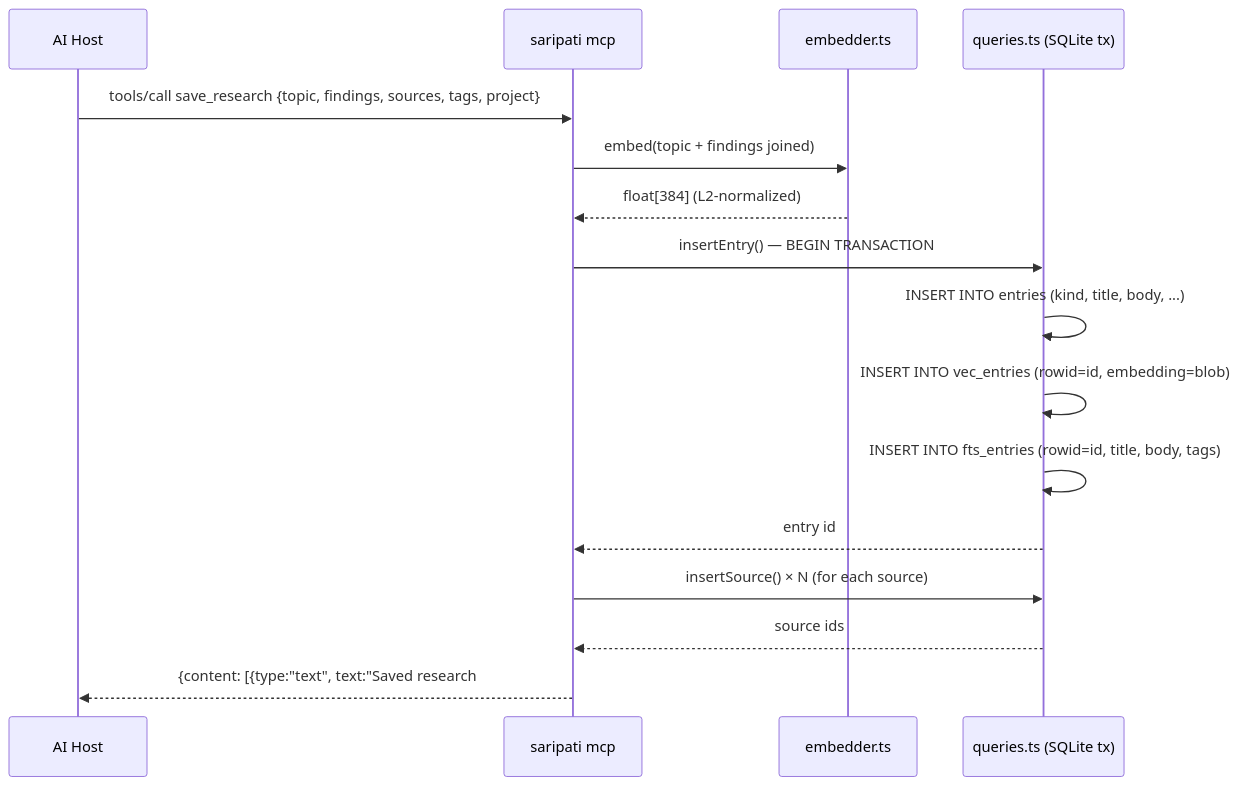
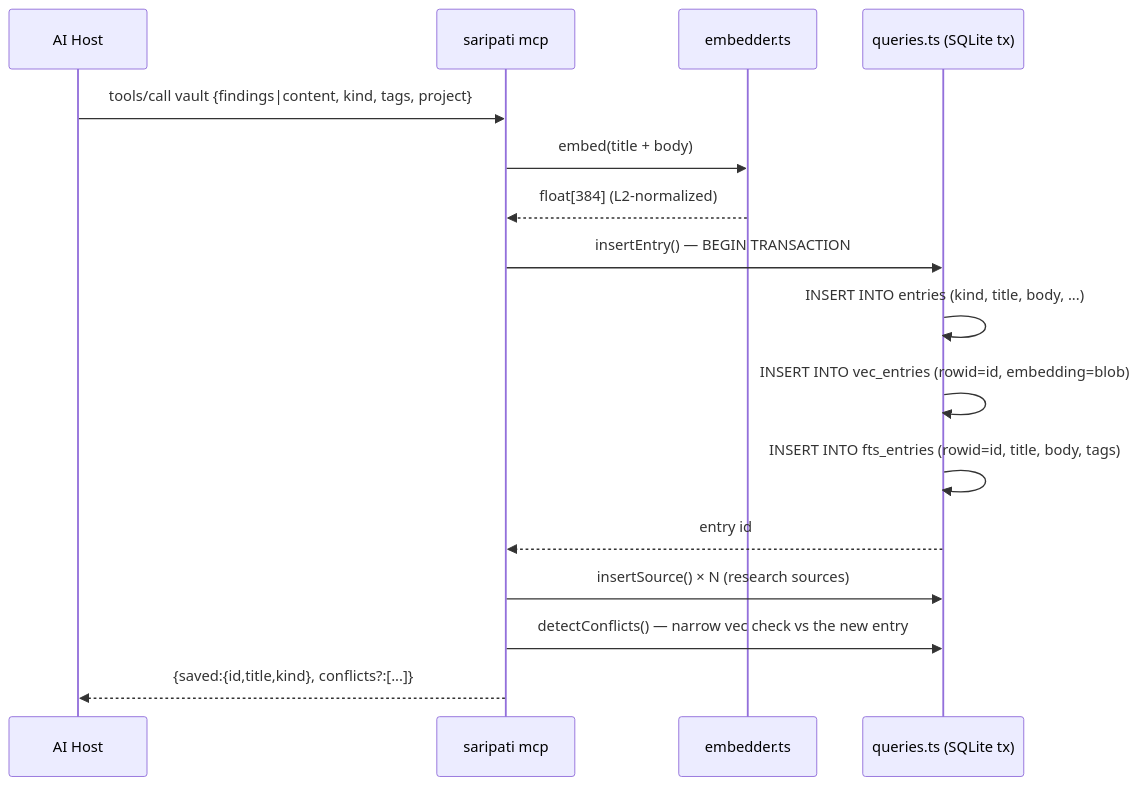
Before and after one commit to kyouscireul/saripati: the third of 5 diagrams in docs/architecture.md, drawn with Mermaid. The commit also changed other lines of this file and 42 other files, not shown here.

````diff
--- a/docs/architecture.md
+++ b/docs/architecture.md
@@ -158,19 +148,19 @@
 ```mermaid
 sequenceDiagram
     participant Host as AI Host
     participant MCP as saripati mcp
     participant Emb as embedder.ts
     participant DB as queries.ts (SQLite tx)
 
-    Host->>MCP: tools/call save_research {topic, findings, sources, tags, project}
-    MCP->>Emb: embed(topic + findings joined)
+    Host->>MCP: tools/call vault {findings|content, kind, tags, project}
+    MCP->>Emb: embed(title + body)
     Emb-->>MCP: float[384] (L2-normalized)
     MCP->>DB: insertEntry() — BEGIN TRANSACTION
     DB->>DB: INSERT INTO entries (kind, title, body, ...)
     DB->>DB: INSERT INTO vec_entries (rowid=id, embedding=blob)
     DB->>DB: INSERT INTO fts_entries (rowid=id, title, body, tags)
     DB-->>MCP: entry id
-    MCP->>DB: insertSource() × N (for each source)
-    DB-->>MCP: source ids
-    MCP-->>Host: {content: [{type:"text", text:"Saved research #N ..."}]}
+    MCP->>DB: insertSource() × N (research sources)
+    MCP->>DB: detectConflicts() — narrow vec check vs the new entry
+    MCP-->>Host: {saved:{id,title,kind}, conflicts?:[...]}
 ```
````
